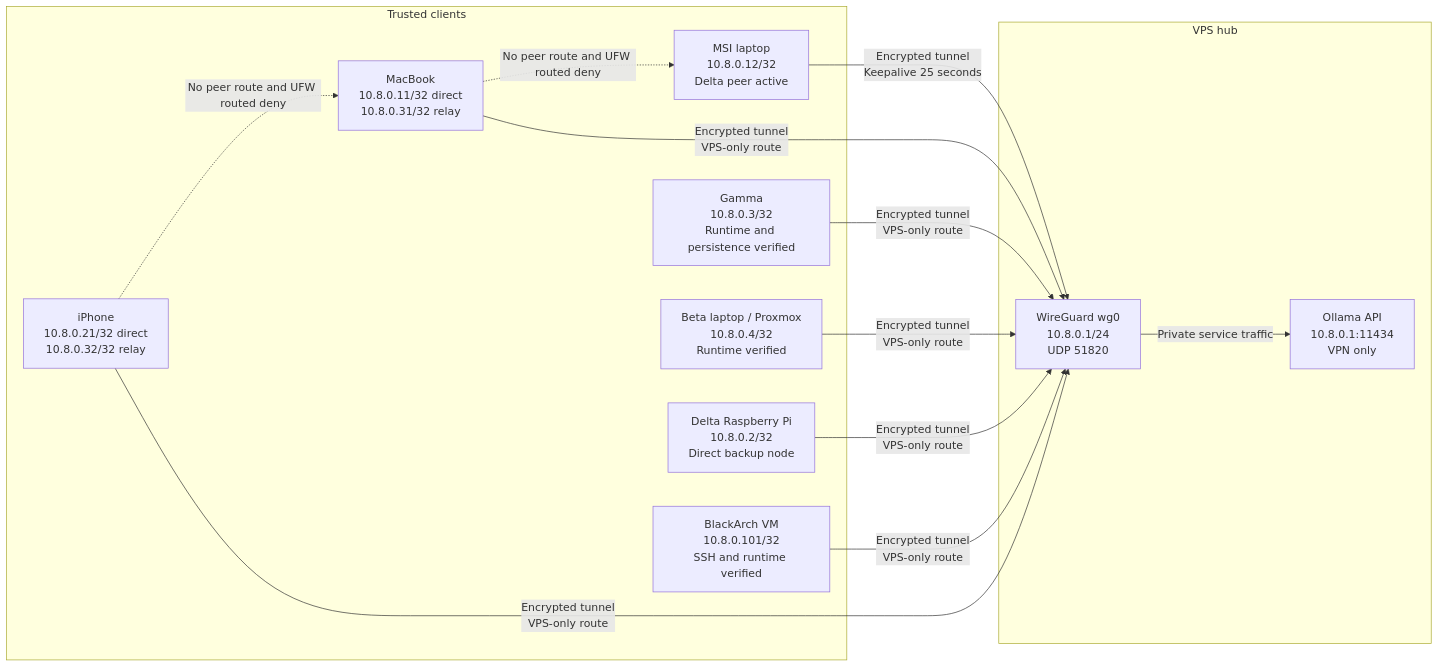
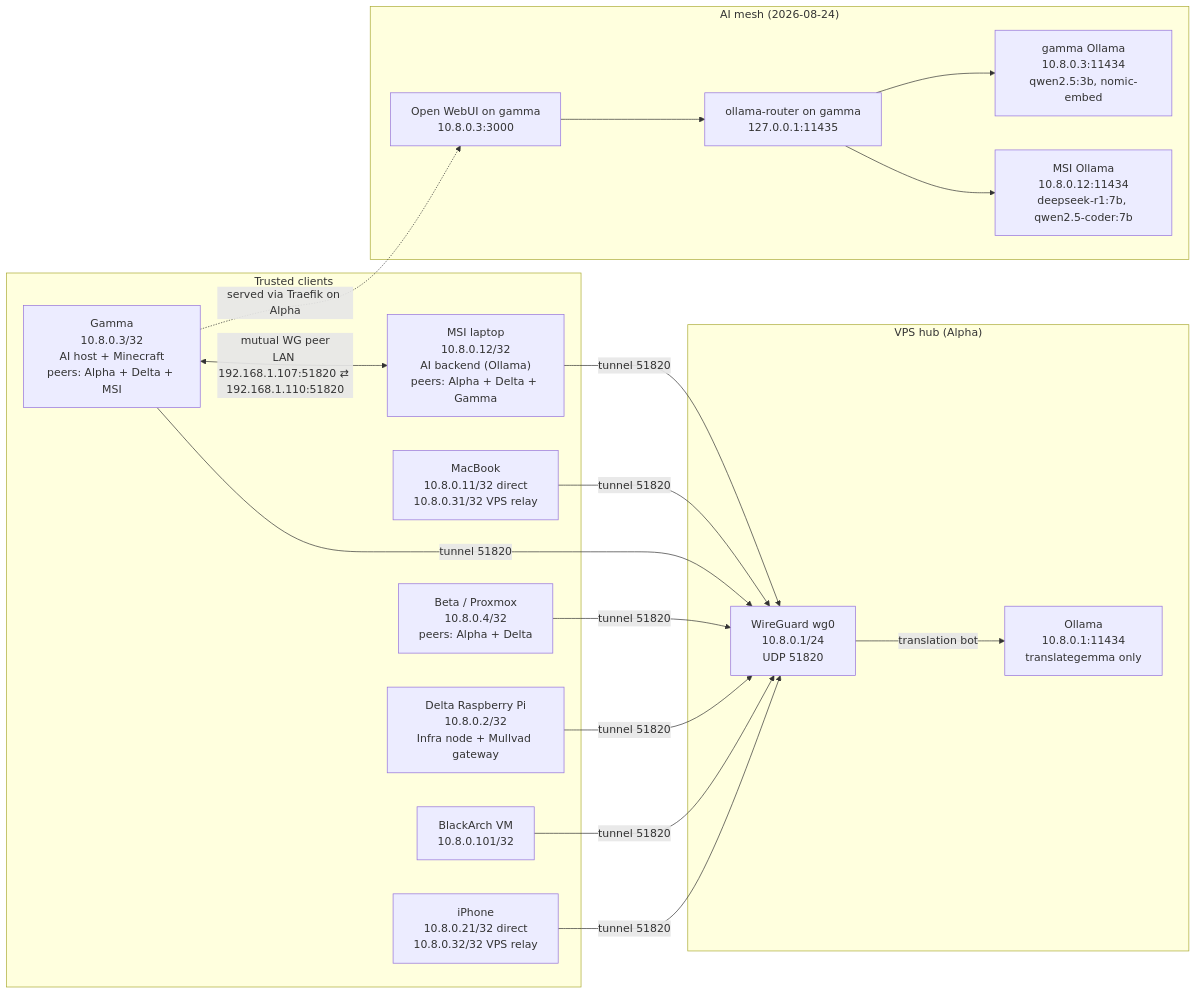
One commit to Manuel0516/zero-five-handbook changed the diagram in content/docs/vps-alpha/wireguard.mdx. Above: the diagram before and after it, drawn with Mermaid. The commit also changed other lines of this file and 7 other files, not shown here.

First line of the commit message:
Diagrams + roles: MSI is live AI backend wired to gamma; iPhone/MacBook dual connection paths; delta IP numbering plan made explicit

````diff
--- a/content/docs/vps-alpha/wireguard.mdx
+++ b/content/docs/vps-alpha/wireguard.mdx
@@ -20,28 +20,39 @@
 ```mermaid
 flowchart LR
     subgraph clients["Trusted clients"]
-        cachyos["MSI laptop<br/>10.8.0.12/32<br/>Delta peer active"]
-        macbook["MacBook<br/>10.8.0.11/32 direct<br/>10.8.0.31/32 relay"]
-        gamma["Gamma<br/>10.8.0.3/32<br/>Runtime and persistence verified"]
-        beta["Beta laptop / Proxmox<br/>10.8.0.4/32<br/>Runtime verified"]
-        delta["Delta Raspberry Pi<br/>10.8.0.2/32<br/>Direct backup node"]
-        blackarch["BlackArch VM<br/>10.8.0.101/32<br/>SSH and runtime verified"]
-        iphone["iPhone<br/>10.8.0.21/32 direct<br/>10.8.0.32/32 relay"]
+        msi["MSI laptop<br/>10.8.0.12/32<br/>AI backend (Ollama)<br/>peers: Alpha + Delta + Gamma"]
+        macbook["MacBook<br/>10.8.0.11/32 direct<br/>10.8.0.31/32 VPS relay"]
+        gamma["Gamma<br/>10.8.0.3/32<br/>AI host + Minecraft<br/>peers: Alpha + Delta + MSI"]
+        beta["Beta / Proxmox<br/>10.8.0.4/32<br/>peers: Alpha + Delta"]
+        delta["Delta Raspberry Pi<br/>10.8.0.2/32<br/>Infra node + Mullvad gateway"]
+        blackarch["BlackArch VM<br/>10.8.0.101/32"]
+        iphone["iPhone<br/>10.8.0.21/32 direct<br/>10.8.0.32/32 VPS relay"]
     end
 
-    subgraph vps["VPS hub"]
+    subgraph vps["VPS hub (Alpha)"]
         wg["WireGuard wg0<br/>10.8.0.1/24<br/>UDP 51820"]
-        ollama["Ollama API<br/>10.8.0.1:11434<br/>VPN only"]
+        ollama["Ollama<br/>10.8.0.1:11434<br/>translategemma only"]
     end
 
-    cachyos -->|"Encrypted tunnel<br/>Keepalive 25 seconds"| wg
-    macbook -->|"Encrypted tunnel<br/>VPS-only route"| wg
-    gamma -->|"Encrypted tunnel<br/>VPS-only route"| wg
-    beta -->|"Encrypted tunnel<br/>VPS-only route"| wg
-    delta -->|"Encrypted tunnel<br/>VPS-only route"| wg
-    blackarch -->|"Encrypted tunnel<br/>VPS-only route"| wg
-    iphone -->|"Encrypted tunnel<br/>VPS-only route"| wg
-    wg -->|"Private service traffic"| ollama
-    macbook -. "No peer route and UFW routed deny" .-> cachyos
-    iphone -. "No peer route and UFW routed deny" .-> macbook
+    subgraph ai["AI mesh (2026-08-24)"]
+        gwui["Open WebUI on gamma<br/>10.8.0.3:3000"]
+        router["ollama-router on gamma<br/>127.0.0.1:11435"]
+        gm["gamma Ollama<br/>10.8.0.3:11434<br/>qwen2.5:3b, nomic-embed"]
+        msm["MSI Ollama<br/>10.8.0.12:11434<br/>deepseek-r1:7b, qwen2.5-coder:7b"]
+    end
+
+    msi -->|"tunnel 51820"| wg
+    macbook -->|"tunnel 51820"| wg
+    gamma -->|"tunnel 51820"| wg
+    beta -->|"tunnel 51820"| wg
+    delta -->|"tunnel 51820"| wg
+    blackarch -->|"tunnel 51820"| wg
+    iphone -->|"tunnel 51820"| wg
+    wg -->|"translation bot"| ollama
+
+    gamma <-->|"mutual WG peer<br/>LAN 192.168.1.107:51820 ⇄ 192.168.1.110:51820"| msi
+    gwui --> router
+    router --> gm
+    router --> msm
+    gamma -. "served via Traefik on Alpha" .-> gwui
 ```
````
